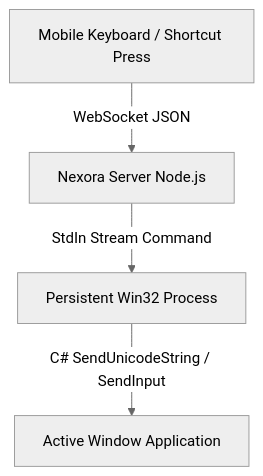
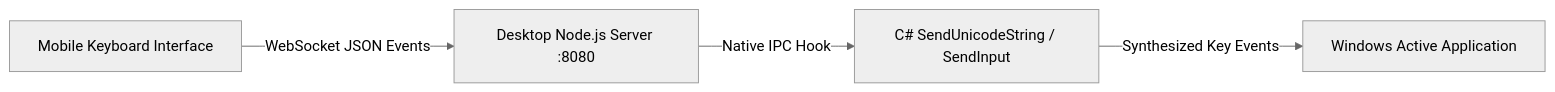
One commit to baaghinitesh/Nexora-desktop-release changed the diagram in docs/keyboard.md. Above: the diagram before and after it, drawn with Mermaid (neutral theme). The commit also changed other lines of this file and 9 other files, not shown here.

````diff
--- a/docs/keyboard.md
+++ b/docs/keyboard.md
@@ -9,6 +11,6 @@
 ```mermaid
-graph TD
-    A[Mobile Keyboard / Shortcut Press] -->|WebSocket JSON| B[Nexora Server Node.js]
-    B -->|StdIn Stream Command| C[Persistent Win32 Process]
-    C -->|C# SendUnicodeString / SendInput| D[Active Window Application]
+flowchart LR
+    A[Mobile Keyboard Interface] -->|WebSocket JSON Events| B[Desktop Node.js Server :8080]
+    B -->|Native IPC Hook| C[C# SendUnicodeString / SendInput]
+    C -->|Synthesized Key Events| D[Windows Active Application]
 ```
````
